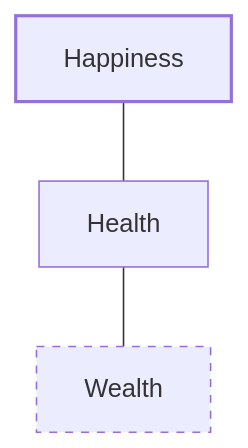
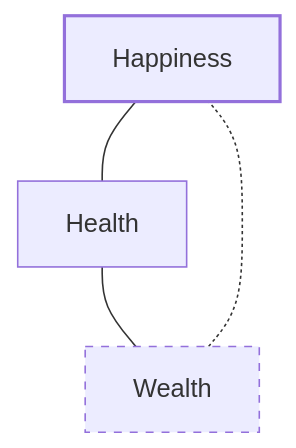
Before and after one commit to tuxerrante/knowledge: the diagram in docs/entrepreneurship/the-almanack-of-naval-ravikant.md, drawn with Mermaid.

````diff
--- a/docs/entrepreneurship/the-almanack-of-naval-ravikant.md
+++ b/docs/entrepreneurship/the-almanack-of-naval-ravikant.md
@@ -76,9 +76,10 @@
 ```mermaid
 flowchart
 	n1["Happiness"]
 	style n1 stroke-width:2px
 	n1 --- n4["Health "]
 	n4 --- n2["Wealth"]
+ n2 -.- n1
 	style n2 stroke-width:1px,stroke-dasharray:5 5
 
 ```
````
